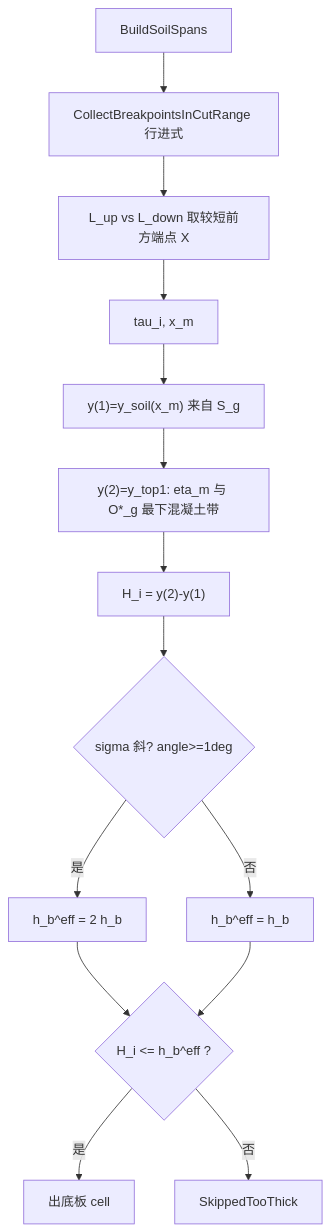
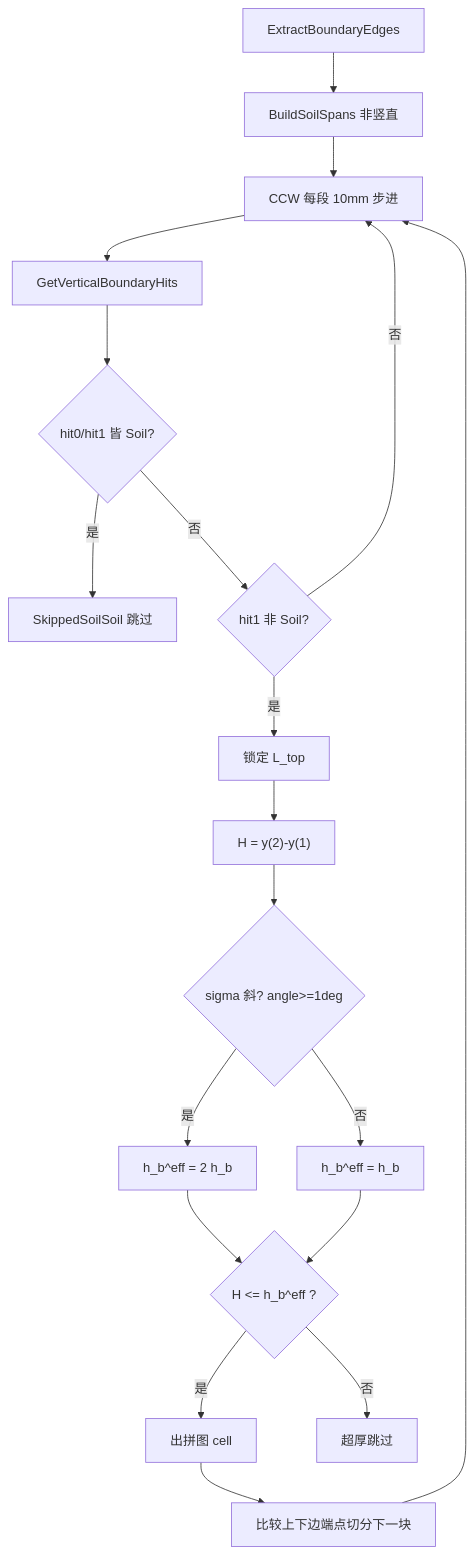
The diagram in docs/reinforcement/010-Y向割线与基础厚度-2026-06-15-140000.md (zhyyhz7785/hy-cad-tool), drawn with Mermaid before and after one commit. The commit also changed other lines of this file and 7 other files, not shown here.

````diff
--- a/docs/reinforcement/010-Y向割线与基础厚度-2026-06-15-140000.md
+++ b/docs/reinforcement/010-Y向割线与基础厚度-2026-06-15-140000.md
@@ -91,16 +101,21 @@
 ```mermaid
 flowchart TD
-  soil["BuildSoilSpans"] --> march["CollectBreakpointsInCutRange 行进式"]
-  march --> cmp["L_up vs L_down 取较短前方端点 X"]
-  cmp --> strip["tau_i, x_m"]
-  strip --> y1["y(1)=y_soil(x_m) 来自 S_g"]
-  y1 --> y2["y(2)=y_top1: eta_m 与 O*_g 最下混凝土带"]
-  y2 --> Hi["H_i = y(2)-y(1)"]
+  edges["ExtractBoundaryEdges"] --> soil["BuildSoilSpans 非竖直"]
+  soil --> march["CCW 每段 10mm 步进"]
+  march --> hits["GetVerticalBoundaryHits"]
+  hits --> gate1{"hit0/hit1 皆 Soil?"}
+  gate1 -->|是| skip["SkippedSoilSoil 跳过"]
+  gate1 -->|否| gate2{"hit1 非 Soil?"}
+  gate2 -->|否| march
+  gate2 -->|是| lock["锁定 L_top"]
+  lock --> Hi["H = y(2)-y(1)"]
   Hi --> slope{"sigma 斜? angle>=1deg"}
   slope -->|是| heff2["h_b^eff = 2 h_b"]
   slope -->|否| heff1["h_b^eff = h_b"]
-  heff2 --> gate{"H_i <= h_b^eff ?"}
-  heff1 --> gate
-  gate -->|是| cell["出底板 cell"]
-  gate -->|否| skip["SkippedTooThick"]
+  heff2 --> thick{"H <= h_b^eff ?"}
+  heff1 --> thick
+  thick -->|是| cell["出拼图 cell"]
+  thick -->|否| tooskip["超厚跳过"]
+  cell --> advance["比较上下边端点切分下一块"]
+  advance --> march
 ```
````
